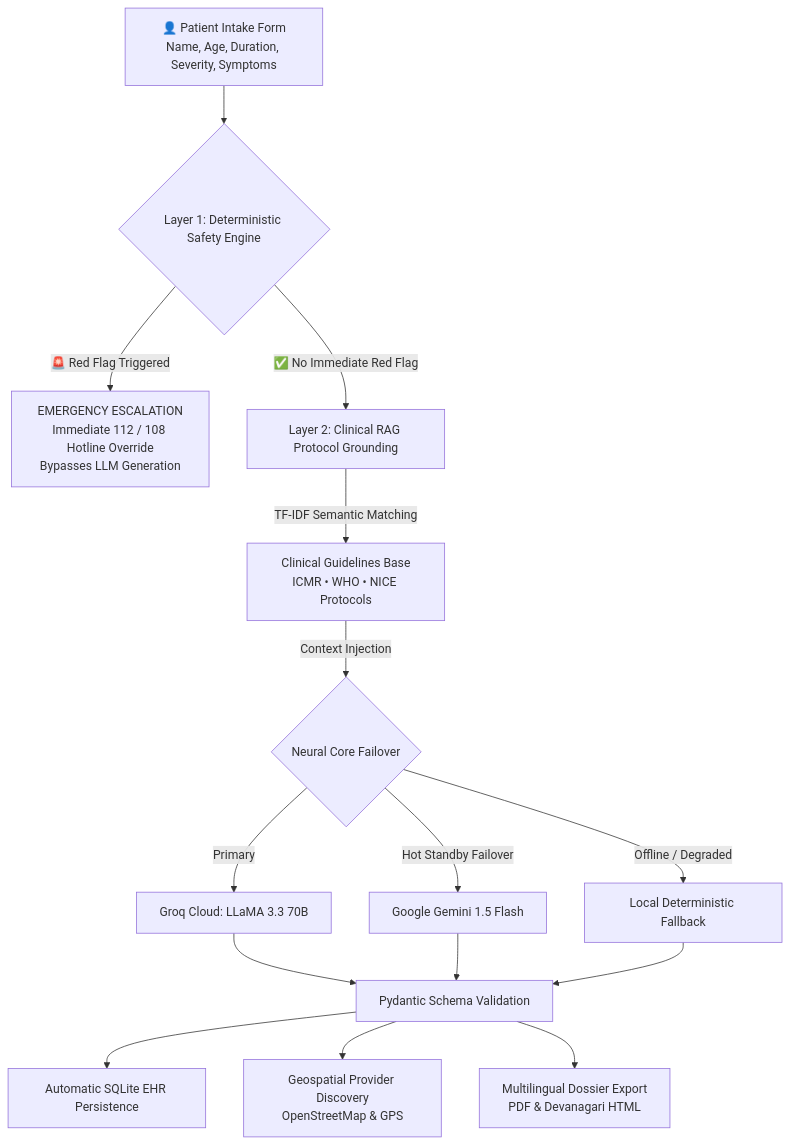
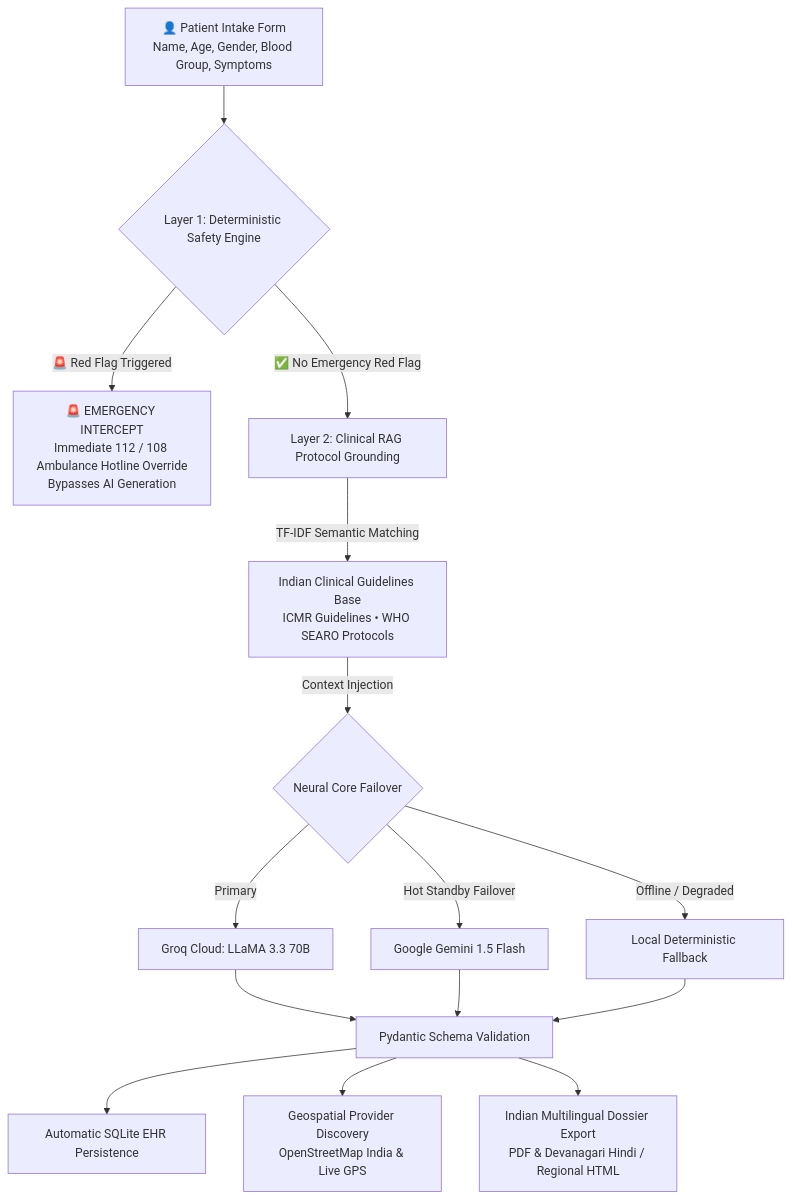
The diagram in README.md (Shariqueperwez/mediguide-ai), drawn with Mermaid before and after one commit. The commit also changed other lines of this file, not shown here.

````diff
--- a/README.md
+++ b/README.md
@@ -73,23 +80,23 @@
 ```mermaid
 flowchart TD
-    A[👤 Patient Intake Form<br/>Name, Age, Duration, Severity, Symptoms] --> B{Layer 1: Deterministic Safety Engine}
+    A[👤 Patient Intake Form<br/>Name, Age, Gender, Blood Group, Symptoms] --> B{Layer 1: Deterministic Safety Engine}
     
-    B -->|🚨 Red Flag Triggered| C[EMERGENCY ESCALATION<br/>Immediate 112 / 108 Hotline Override<br/>Bypasses LLM Generation]
+    B -->|🚨 Red Flag Triggered| C[🚨 EMERGENCY INTERCEPT<br/>Immediate 112 / 108 Ambulance Hotline Override<br/>Bypasses AI Generation]
     
-    B -->|✅ No Immediate Red Flag| D[Layer 2: Clinical RAG Protocol Grounding]
+    B -->|✅ No Emergency Red Flag| D[Layer 2: Clinical RAG Protocol Grounding]
     
-    D -->|TF-IDF Semantic Matching| E[Clinical Guidelines Base<br/>ICMR • WHO • NICE Protocols]
+    D -->|TF-IDF Semantic Matching| E[Indian Clinical Guidelines Base<br/>ICMR Guidelines • WHO SEARO Protocols]
     E -->|Context Injection| F{Neural Core Failover}
     
     F -->|Primary| G[Groq Cloud: LLaMA 3.3 70B]
     F -->|Hot Standby Failover| H[Google Gemini 1.5 Flash]
     F -->|Offline / Degraded| I[Local Deterministic Fallback]
     
     G --> J[Pydantic Schema Validation]
     H --> J
     I --> J
     
     J --> K[Automatic SQLite EHR Persistence]
-    J --> L[Geospatial Provider Discovery<br/>OpenStreetMap & GPS]
-    J --> M[Multilingual Dossier Export<br/>PDF & Devanagari HTML]
+    J --> L[Geospatial Provider Discovery<br/>OpenStreetMap India & Live GPS]
+    J --> M[Indian Multilingual Dossier Export<br/>PDF & Devanagari Hindi / Regional HTML]
 ```
````
